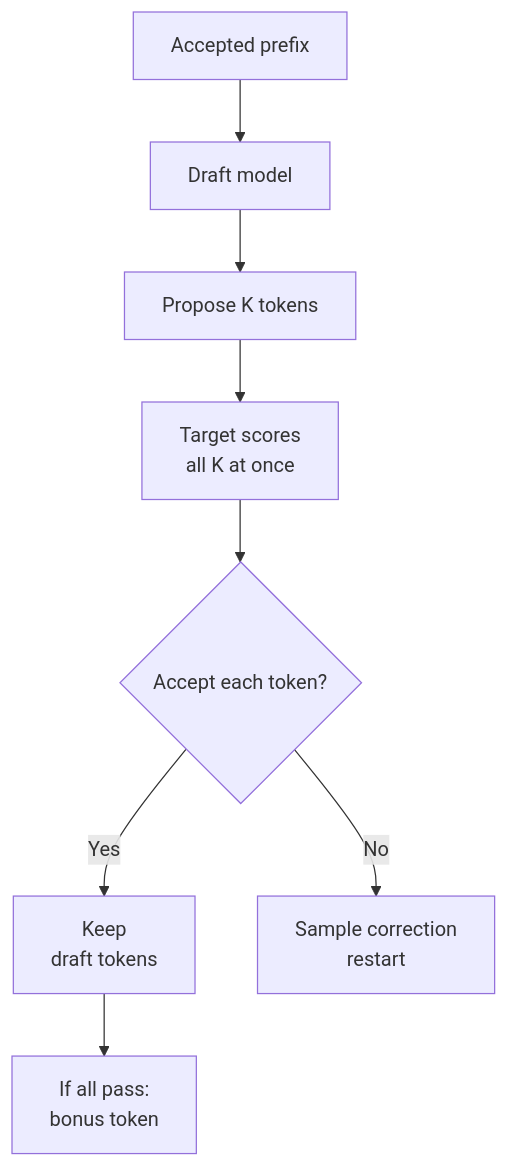
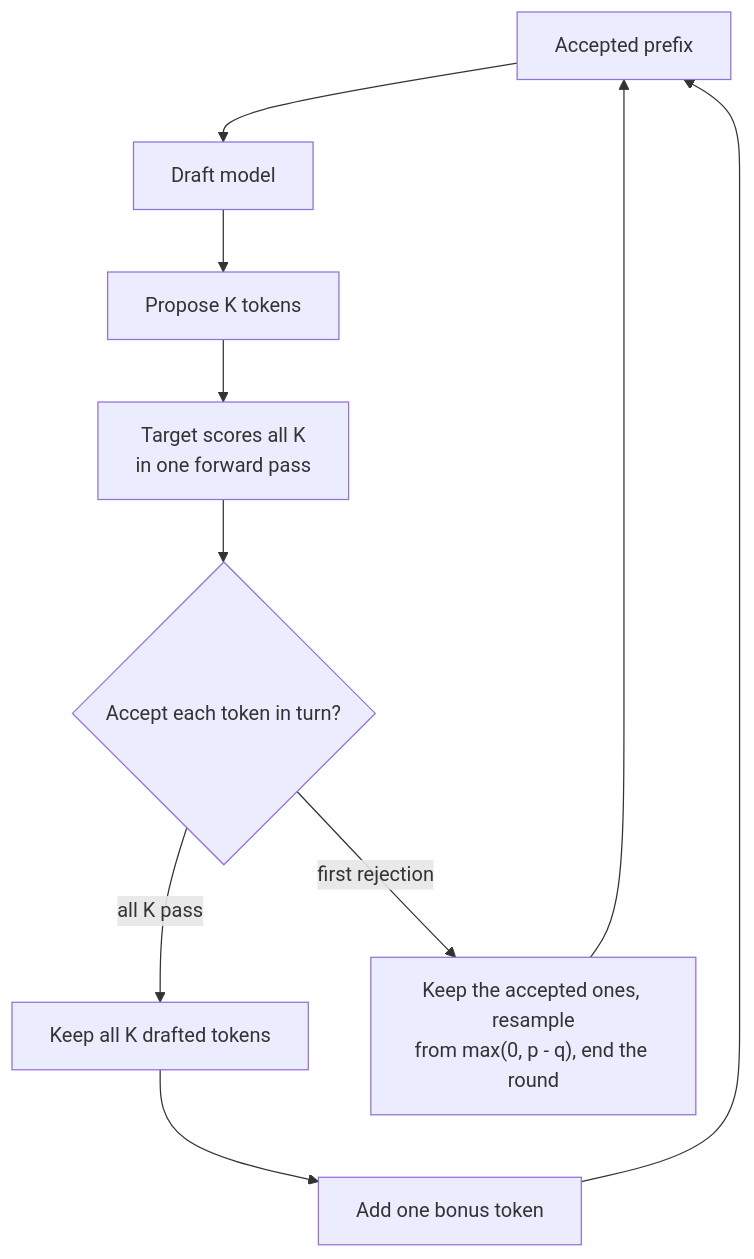
The diagram in walk-the-code/diagrams/spec_round.mmd (danilop/micro-gpt-and-beyond), drawn with Mermaid before and after one commit. The commit also changed 80 other files, not shown here.

```diff
--- a/walk-the-code/diagrams/spec_round.mmd
+++ b/walk-the-code/diagrams/spec_round.mmd
@@ -1,9 +1,10 @@
 graph TD
-    prefix[Accepted prefix]
-    prefix --> draft[Draft model]
+    prefix[Accepted prefix] --> draft[Draft model]
     draft --> ktokens[Propose K tokens]
-    ktokens --> target[Target scores<br/>all K at once]
-    target --> check{Accept each token?}
-    check -->|Yes| keep[Keep<br/>draft tokens]
-    check -->|No| restart[Sample correction<br/>restart]
-    keep --> bonus[If all pass:<br/>bonus token]
+    ktokens --> target["Target scores all K<br/>in one forward pass"]
+    target --> check{Accept each token in turn?}
+    check -->|all K pass| keep[Keep all K drafted tokens]
+    check -->|first rejection| restart["Keep the accepted ones, resample<br/>from max(0, p - q), end the round"]
+    keep --> bonus[Add one bonus token]
+    bonus --> prefix
+    restart --> prefix
```
